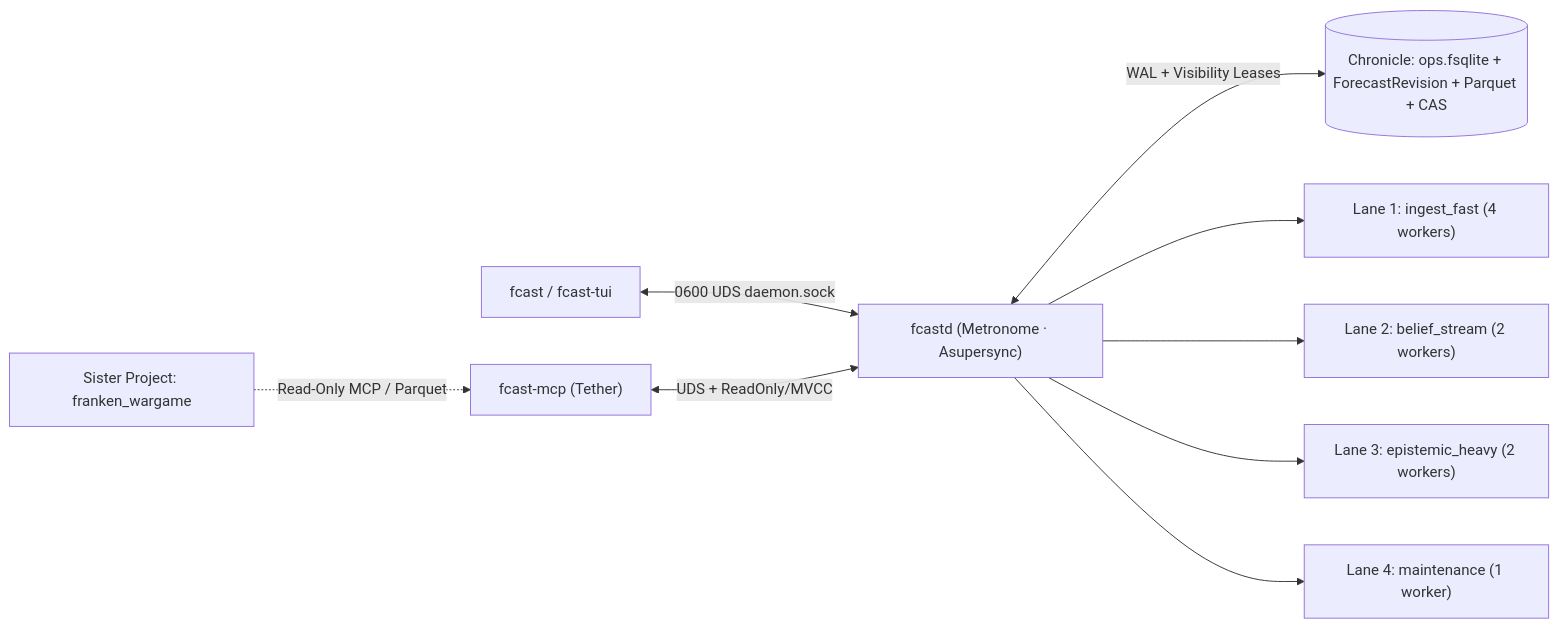
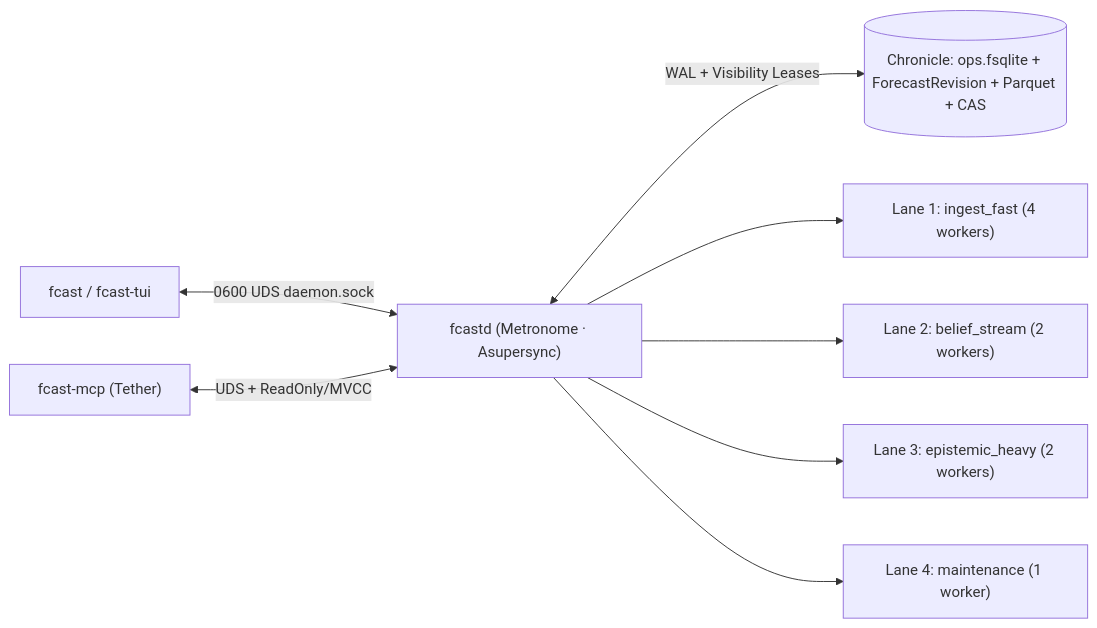
One commit to ndres/franken_forecast changed the second of 2 diagrams in COMPREHENSIVE_PLAN_FOR_FRANKEN_FORECAST.md. Above: the diagram before and after it, drawn with Mermaid. The commit also changed other lines of this file and 3 other files, not shown here.

````diff
--- a/COMPREHENSIVE_PLAN_FOR_FRANKEN_FORECAST.md
+++ b/COMPREHENSIVE_PLAN_FOR_FRANKEN_FORECAST.md
@@ -469,11 +460,10 @@
 ```mermaid
 flowchart LR
     CLI["fcast / fcast-tui"] <-->|"0600 UDS daemon.sock"| D["fcastd (Metronome · Asupersync)"]
     MCP["fcast-mcp (Tether)"] <-->|"UDS + ReadOnly/MVCC"| D
-    WG["Sister Project: franken_wargame"] -.->|"Read-Only MCP / Parquet"| MCP
     D <-->|"WAL + Visibility Leases"| DB[("Chronicle: ops.fsqlite + ForecastRevision + Parquet + CAS")]
     D --> L1["Lane 1: ingest_fast (4 workers)"]
     D --> L2["Lane 2: belief_stream (2 workers)"]
     D --> L3["Lane 3: epistemic_heavy (2 workers)"]
     D --> L4["Lane 4: maintenance (1 worker)"]
 ```
````
